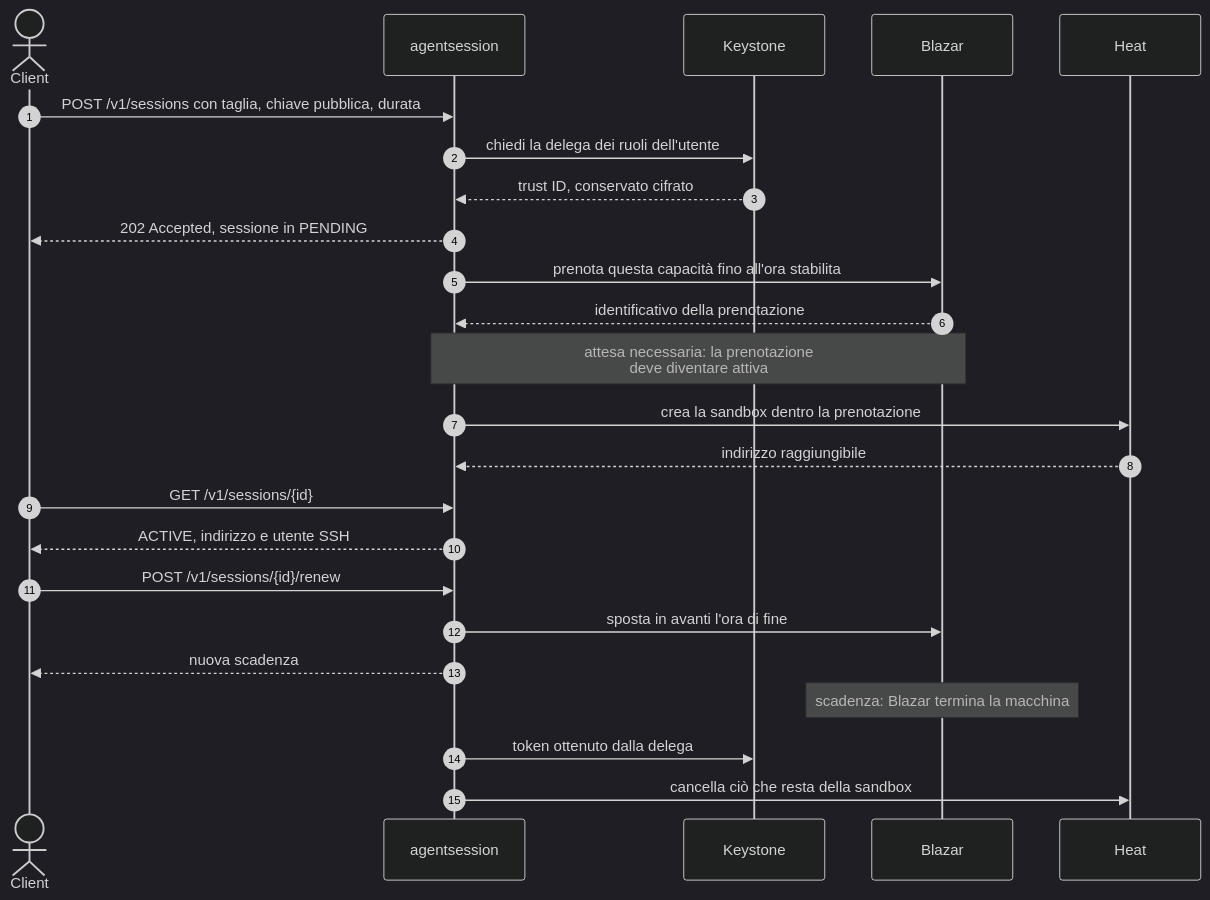
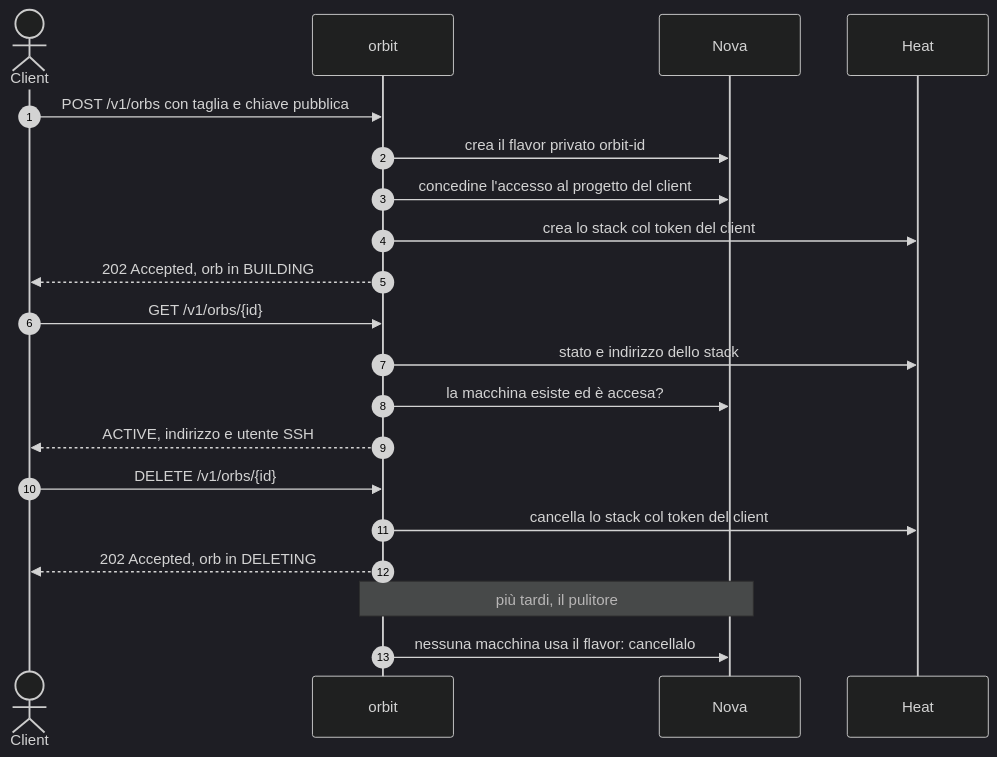
Before and after one commit to taekwondodev/orbit: the second of 3 diagrams in README.md, drawn with Mermaid (dark theme). The commit also changed other lines of this file and 12 other files, not shown here.

First line of the commit message:
Rinomina il servizio in orbit e toglie la scadenza

````diff
--- a/README.md
+++ b/README.md
@@ -89,30 +80,26 @@
 ```mermaid
 sequenceDiagram
     autonumber
     actor C as Client
-    participant A as agentsession
-    participant K as Keystone
-    participant B as Blazar
+    participant A as orbit
+    participant N as Nova
     participant H as Heat
 
-    C->>A: POST /v1/sessions con taglia, chiave pubblica, durata
-    A->>K: chiedi la delega dei ruoli dell'utente
-    K-->>A: trust ID, conservato cifrato
-    A-->>C: 202 Accepted, sessione in PENDING
+    C->>A: POST /v1/orbs con taglia e chiave pubblica
+    A->>N: crea il flavor privato orbit-id
+    A->>N: concedine l'accesso al progetto del client
+    A->>H: crea lo stack col token del client
+    A-->>C: 202 Accepted, orb in BUILDING
 
-    A->>B: prenota questa capacità fino all'ora stabilita
-    B-->>A: identificativo della prenotazione
-    Note over A,B: attesa necessaria: la prenotazione<br/>deve diventare attiva
-    A->>H: crea la sandbox dentro la prenotazione
-    H-->>A: indirizzo raggiungibile
-    C->>A: GET /v1/sessions/{id}
+    C->>A: GET /v1/orbs/{id}
+    A->>H: stato e indirizzo dello stack
+    A->>N: la macchina esiste ed è accesa?
     A-->>C: ACTIVE, indirizzo e utente SSH
 
-    C->>A: POST /v1/sessions/{id}/renew
-    A->>B: sposta in avanti l'ora di fine
-    A-->>C: nuova scadenza
+    C->>A: DELETE /v1/orbs/{id}
+    A->>H: cancella lo stack col token del client
+    A-->>C: 202 Accepted, orb in DELETING
 
-    Note over B: scadenza: Blazar termina la macchina
-    A->>K: token ottenuto dalla delega
-    A->>H: cancella ciò che resta della sandbox
+    Note over A,N: più tardi, il pulitore
+    A->>N: nessuna macchina usa il flavor: cancellalo
 ```
````
